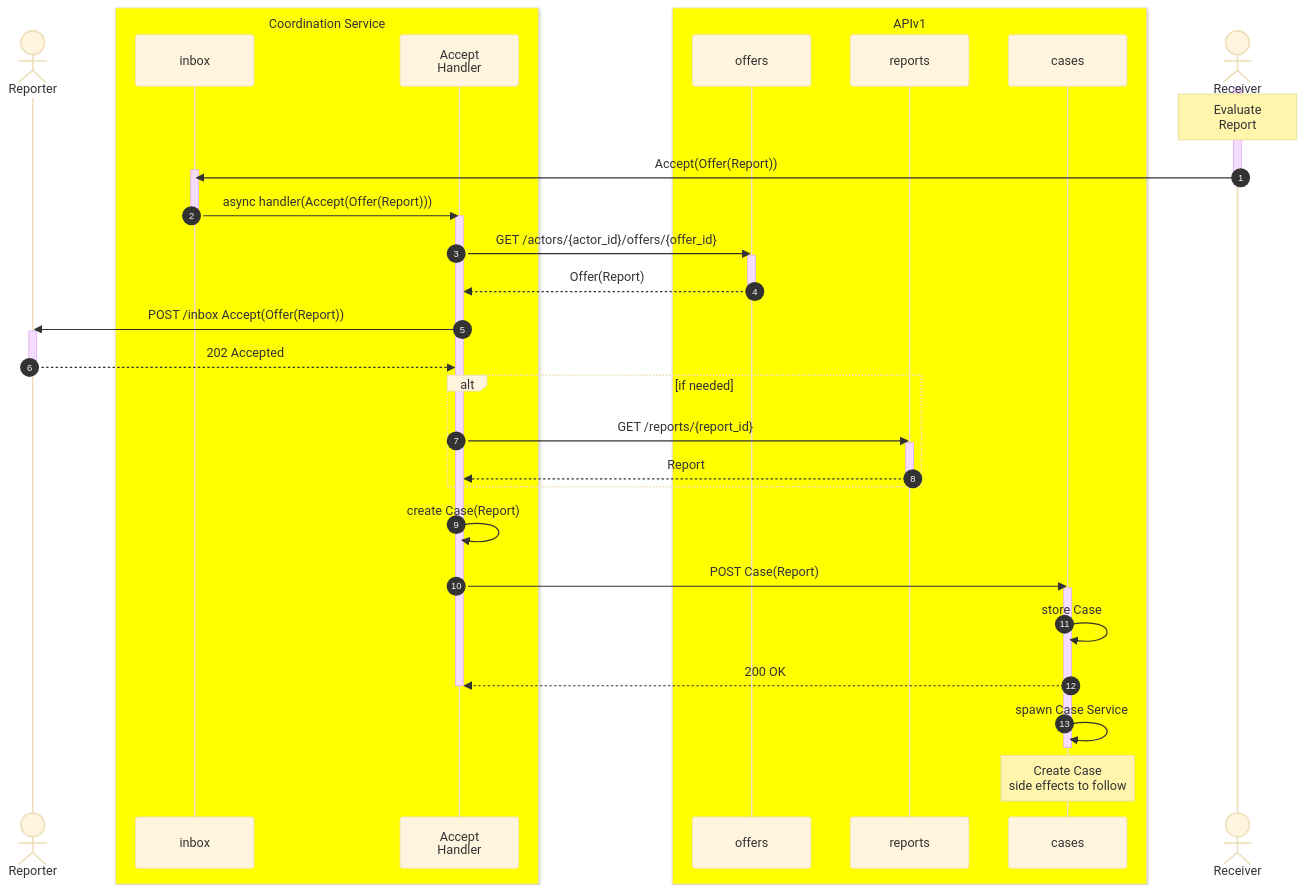
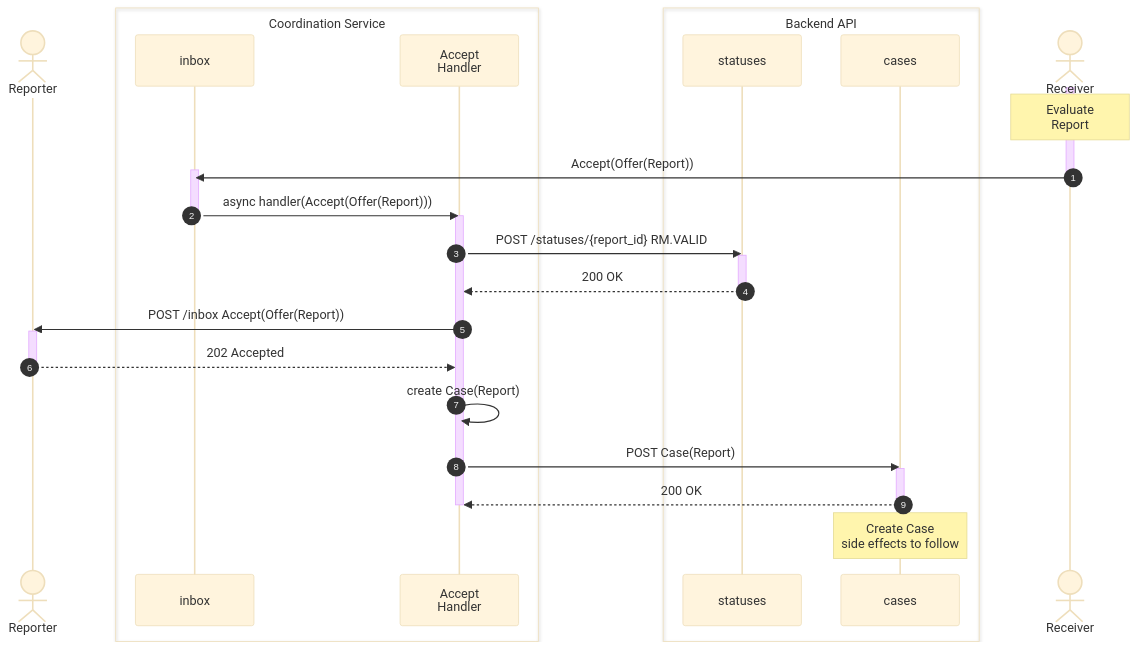
The sixth of 7 diagrams in docs/howto/activitypub/activities/report_vulnerability.md (CERTCC/Vultron), drawn with Mermaid (base theme) before and after one commit. The commit also changed other lines of this file, not shown here.

Commit message:
refactor: update sequence diagrams to remove 'Yellow' prefix from service boxes

````diff
--- a/docs/howto/activitypub/activities/report_vulnerability.md
+++ b/docs/howto/activitypub/activities/report_vulnerability.md
@@ -255,46 +250,37 @@
 ```mermaid
 sequenceDiagram
     autonumber
     actor finder as Reporter
-    box Yellow Coordination Service
+    box Coordination Service
         participant inbox
         participant accept_hdlr as Accept<br/>Handler
     end
-    box Yellow APIv1
-        participant offers
-        participant reports
+    box Backend API
+        participant statuses
         participant cases
     end
     actor coordinator as Receiver
     activate coordinator
     note over coordinator: Evaluate<br/>Report
     coordinator ->> inbox: Accept(Offer(Report))
     activate inbox
     deactivate coordinator
     inbox ->> accept_hdlr: async handler(Accept(Offer(Report)))
     deactivate inbox
     activate accept_hdlr
-    accept_hdlr ->> offers: GET /actors/{actor_id}/offers/{offer_id}
-    activate offers
-    offers -->> accept_hdlr: Offer(Report)
-    deactivate offers
+    accept_hdlr ->> statuses: POST /statuses/{report_id} RM.VALID
+    activate statuses
+    statuses -->> accept_hdlr: 200 OK
+    deactivate statuses
     accept_hdlr ->> finder: POST /inbox Accept(Offer(Report))
     activate finder
     finder -->> accept_hdlr: 202 Accepted
     deactivate finder
-    alt if needed
-        accept_hdlr ->> reports: GET /reports/{report_id}
-        activate reports
-        reports -->> accept_hdlr: Report
-        deactivate reports
-    end
     accept_hdlr ->> accept_hdlr: create Case(Report)
     accept_hdlr ->> cases: POST Case(Report)
     activate cases
-    cases ->> cases: store Case
     cases -->> accept_hdlr: 200 OK
     deactivate accept_hdlr
-    cases ->> cases: spawn Case Service
     deactivate cases
     note over cases: Create Case<br/>side effects to follow
 ```
````
